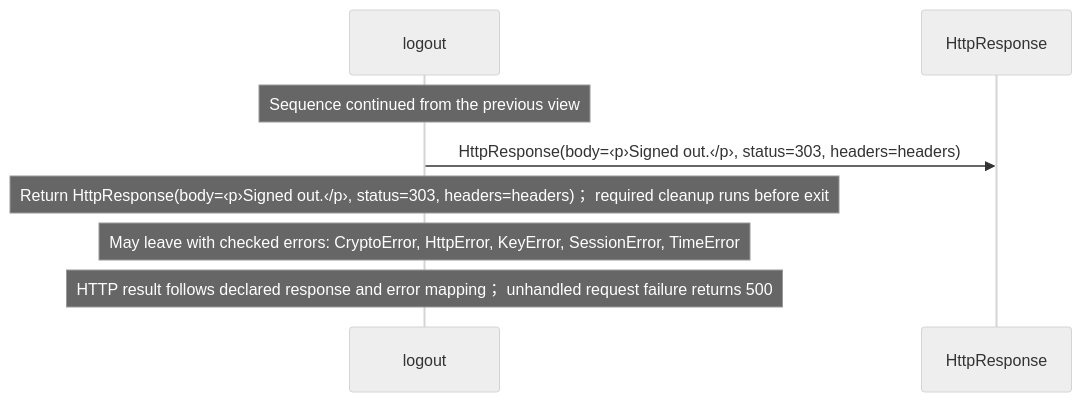
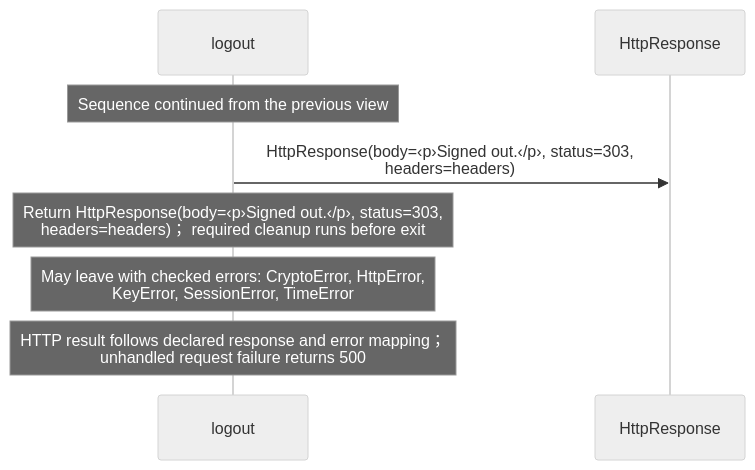
The fourth of 4 diagrams in docs/examples/oidc-login/client/logout-diagrams.md (GreenPandaStudios/augscript), drawn with Mermaid (neutral theme) before and after one commit. The commit also changed other lines of this file and 200 other files, not shown here.

Commit message:
Group imported operations and wrap readable sequence messages

````diff
--- a/docs/examples/oidc-login/client/logout-diagrams.md
+++ b/docs/examples/oidc-login/client/logout-diagrams.md
@@ -126,10 +125,10 @@
 ```mermaid
 sequenceDiagram
     participant p0 as logout
     participant p1 as HttpResponse
     Note over p0: Sequence continued from the previous view
-    p0->>p1: HttpResponse(body=‹p›Signed out.‹/p›, status=303, headers=headers)
-    Note over p0: Return HttpResponse(body=‹p›Signed out.‹/p›, status=303, headers=headers)； required cleanup runs before exit
-    Note over p0: May leave with checked errors: CryptoError, HttpError, KeyError, SessionError, TimeError
-    Note over p0: HTTP result follows declared response and error mapping； unhandled request failure returns 500
+    p0->>p1: HttpResponse(body=‹p›Signed out.‹/p›, status=303,<br/>headers=headers)
+    Note over p0: Return HttpResponse(body=‹p›Signed out.‹/p›, status=303,<br/>headers=headers)； required cleanup runs before exit
+    Note over p0: May leave with checked errors: CryptoError, HttpError,<br/>KeyError, SessionError, TimeError
+    Note over p0: HTTP result follows declared response and error mapping；<br/>unhandled request failure returns 500
 ```
````
